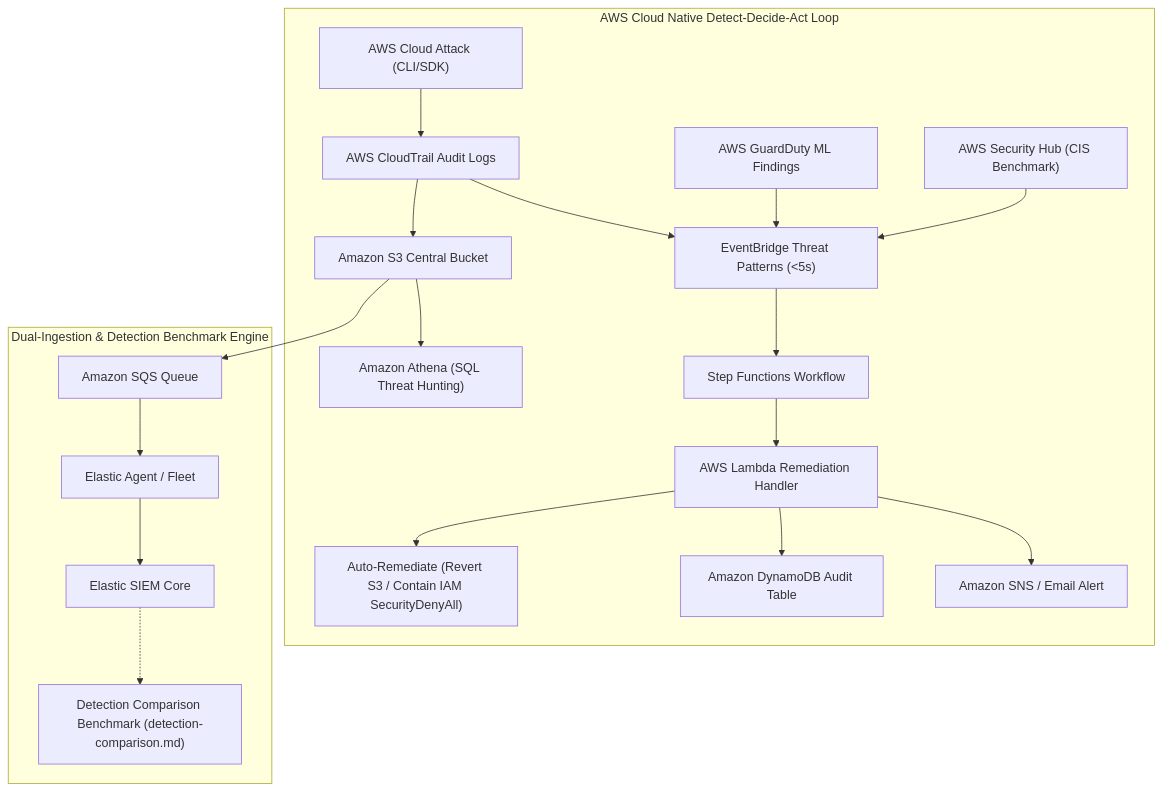
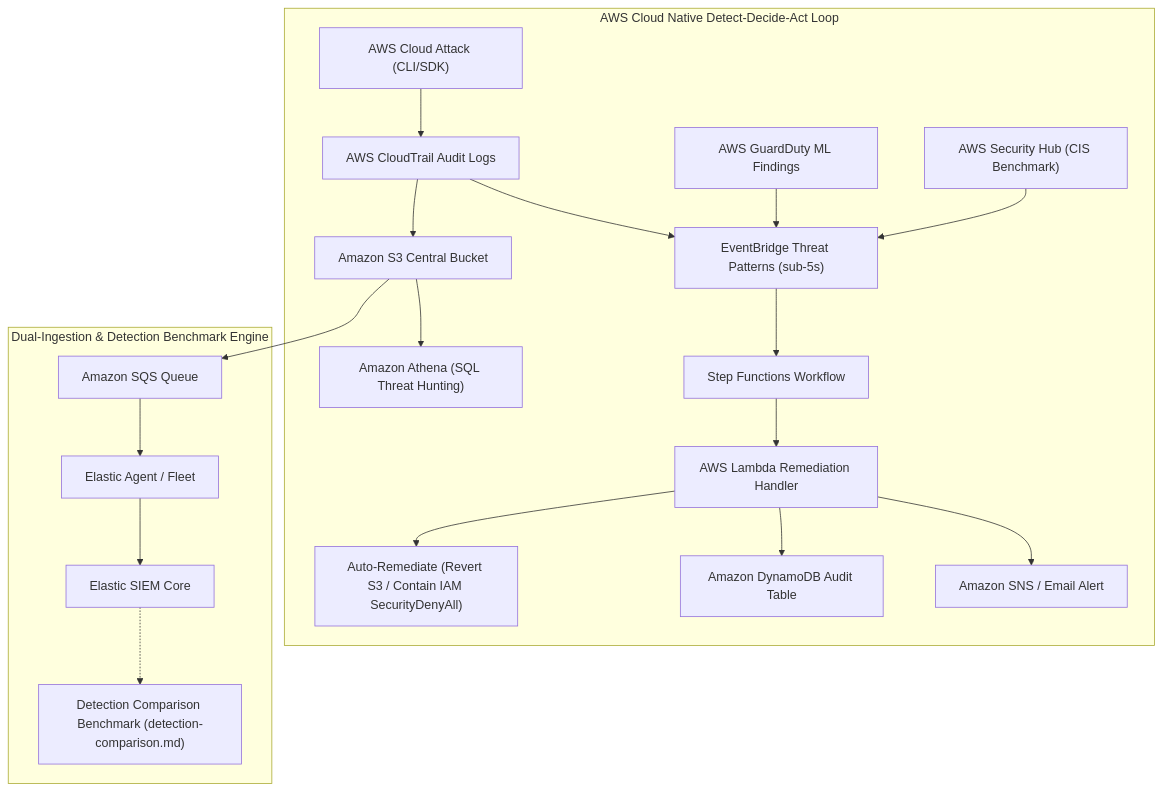
One commit to VAENeverD1e/fcaj-huy changed the diagram in content/5-Workshop/5.1-Workshop-overview/_index.md. Above: the diagram before and after it, drawn with Mermaid. The commit also changed 5 other files, not shown here.

```diff
--- a/content/5-Workshop/5.1-Workshop-overview/_index.md
+++ b/content/5-Workshop/5.1-Workshop-overview/_index.md
@@ -34,20 +34,20 @@
 {{< mermaid >}}
 graph TD
     subgraph Track1["AWS Cloud Native Detect-Decide-Act Loop"]
         A2["AWS Cloud Attack (CLI/SDK)"] --> C1["AWS CloudTrail Audit Logs"]
-        C1 --> C3["EventBridge Threat Patterns (<5s)"]
+        C1 --> C3["EventBridge Threat Patterns (sub-5s)"]
         GD["AWS GuardDuty ML Findings"] --> C3
         SH["AWS Security Hub (CIS Benchmark)"] --> C3
         C3 --> SF["Step Functions Workflow"]
         SF --> L1["AWS Lambda Remediation Handler"]
         L1 --> SNS["Amazon SNS / Email Alert"]
         L1 --> DDB["Amazon DynamoDB Audit Table"]
         L1 --> ACT["Auto-Remediate (Revert S3 / Contain IAM SecurityDenyAll)"]
         C1 --> S3["Amazon S3 Central Bucket"] --> ATH["Amazon Athena (SQL Threat Hunting)"]
     end
 
     subgraph ComparisonTrack["Dual-Ingestion & Detection Benchmark Engine"]
         S3 --> SQS["Amazon SQS Queue"] --> EF["Elastic Agent / Fleet"] --> KIB["Elastic SIEM Core"]
         KIB -.-> BENCH["Detection Comparison Benchmark (detection-comparison.md)"]
     end
 {{< /mermaid >}}
```
